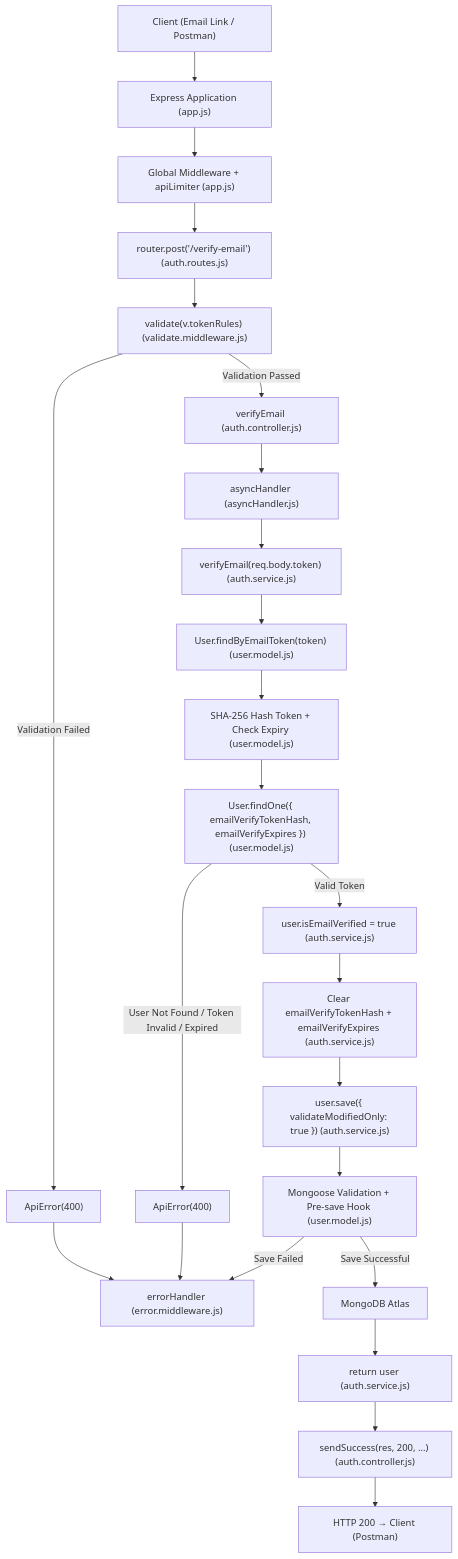
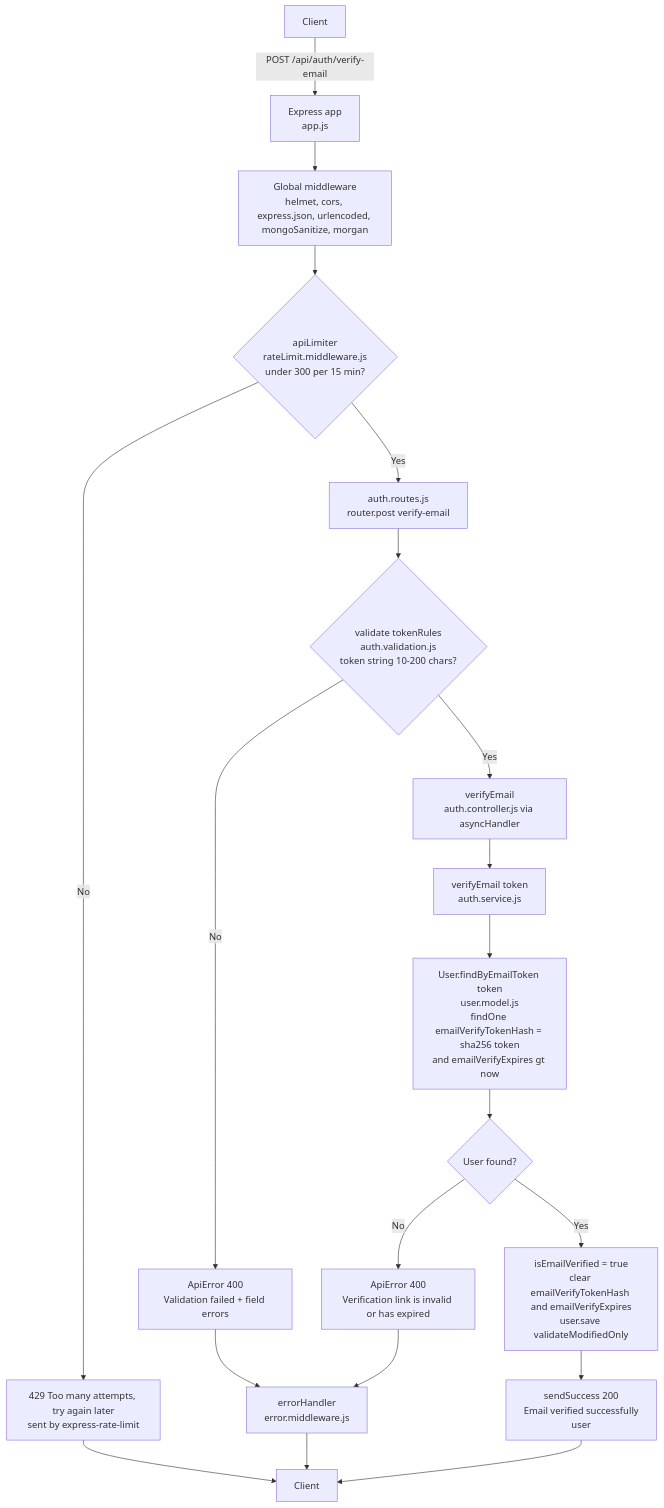
Before and after one commit to ehtman/ecommerce-site: the diagram in docs/flow/auth/verify-email.md, drawn with Mermaid. The commit also changed 89 other files, not shown here.

````diff
--- a/docs/flow/auth/verify-email.md
+++ b/docs/flow/auth/verify-email.md
@@ -1,33 +5,22 @@
 ```mermaid
 flowchart TD
-    A["Client (Email Link / Postman)"] --> B["Express Application (app.js)"]
-    B --> C["Global Middleware + apiLimiter (app.js)"]
-    C --> D["router.post('/verify-email') (auth.routes.js)"]
-    D --> E["validate(v.tokenRules) (validate.middleware.js)"]
-
-    E -->|Validation Failed| ERR1["ApiError(400)"]
-    ERR1 --> EH["errorHandler (error.middleware.js)"]
-
-    E -->|Validation Passed| F["verifyEmail (auth.controller.js)"]
-    F --> G["asyncHandler (asyncHandler.js)"]
-    G --> H["verifyEmail(req.body.token) (auth.service.js)"]
-
-    H --> I["User.findByEmailToken(token) (user.model.js)"]
-    I --> J["SHA-256 Hash Token + Check Expiry (user.model.js)"]
-    J --> K["User.findOne({ emailVerifyTokenHash, emailVerifyExpires }) (user.model.js)"]
-
-    K -->|User Not Found / Token Invalid / Expired| ERR2["ApiError(400)"]
-    ERR2 --> EH
-
-    K -->|Valid Token| L["user.isEmailVerified = true (auth.service.js)"]
-    L --> M["Clear emailVerifyTokenHash + emailVerifyExpires (auth.service.js)"]
-    M --> N["user.save({ validateModifiedOnly: true }) (auth.service.js)"]
-    N --> O["Mongoose Validation + Pre-save Hook (user.model.js)"]
-
-    O -->|Save Failed| EH
-    O -->|Save Successful| P["MongoDB Atlas"]
-    P --> Q["return user (auth.service.js)"]
-
-    Q --> R["sendSuccess(res, 200, ...) (auth.controller.js)"]
-    R --> S["HTTP 200 → Client (Postman)"]
+    A[Client] -->|POST /api/auth/verify-email| B[Express app<br/>app.js]
+    B --> C["Global middleware<br/>helmet, cors, express.json, urlencoded, mongoSanitize, morgan"]
+    C --> L0{"apiLimiter<br/>rateLimit.middleware.js<br/>under 300 per 15 min?"}
+    L0 -->|No| RL["429 Too many attempts, try again later<br/>sent by express-rate-limit"]
+    L0 -->|Yes| RT["auth.routes.js<br/>router.post verify-email"]
+    RT --> V{"validate tokenRules<br/>auth.validation.js<br/>token string 10-200 chars?"}
+    V -->|No| E1["ApiError 400<br/>Validation failed + field errors"]
+    V -->|Yes| CT["verifyEmail<br/>auth.controller.js via asyncHandler"]
+    CT --> S1["verifyEmail token<br/>auth.service.js"]
+    S1 --> DB1["User.findByEmailToken token<br/>user.model.js<br/>findOne emailVerifyTokenHash = sha256 token<br/>and emailVerifyExpires gt now"]
+    DB1 --> D1{"User found?"}
+    D1 -->|No| E2["ApiError 400<br/>Verification link is invalid or has expired"]
+    D1 -->|Yes| DB2["isEmailVerified = true<br/>clear emailVerifyTokenHash and emailVerifyExpires<br/>user.save validateModifiedOnly"]
+    DB2 --> OK["sendSuccess 200<br/>Email verified successfully<br/>user"]
+    OK --> R[Client]
+    E1 --> EH[errorHandler<br/>error.middleware.js]
+    E2 --> EH
+    EH --> R
+    RL --> R
 ```
````
